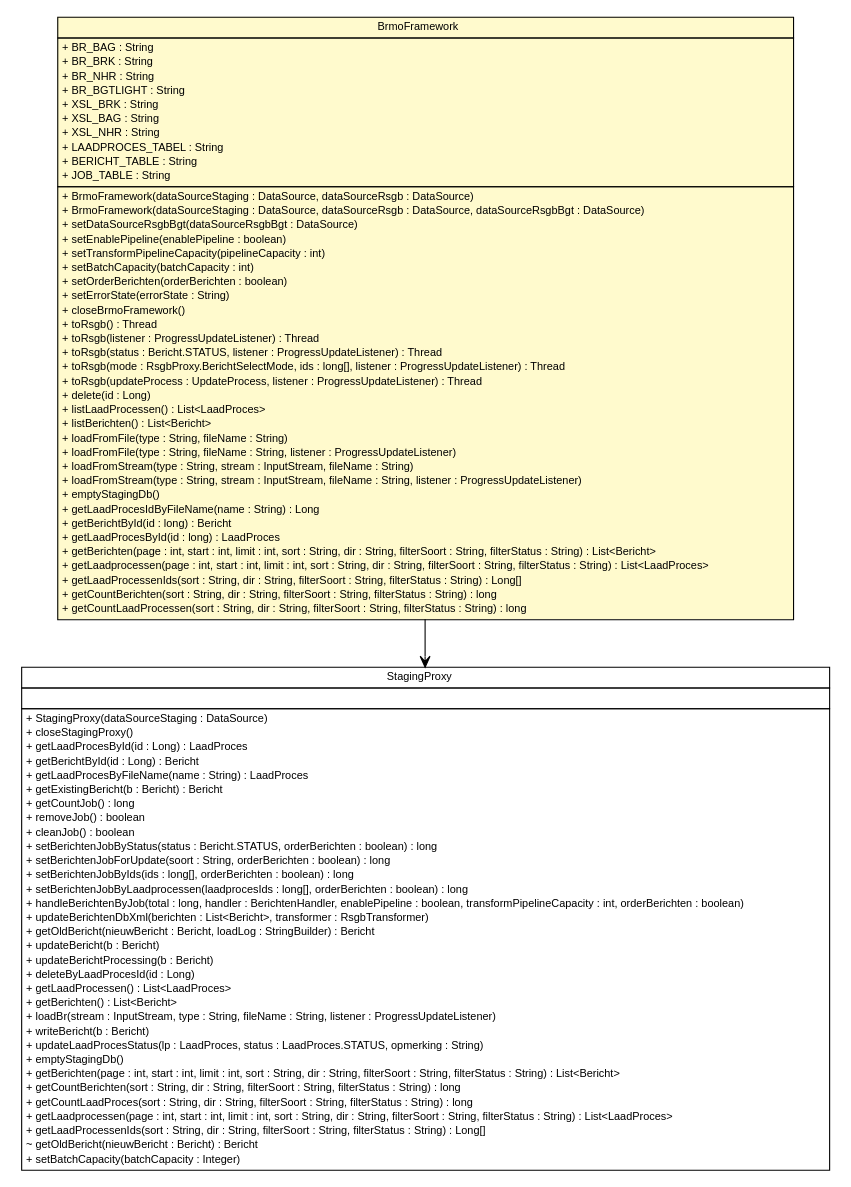
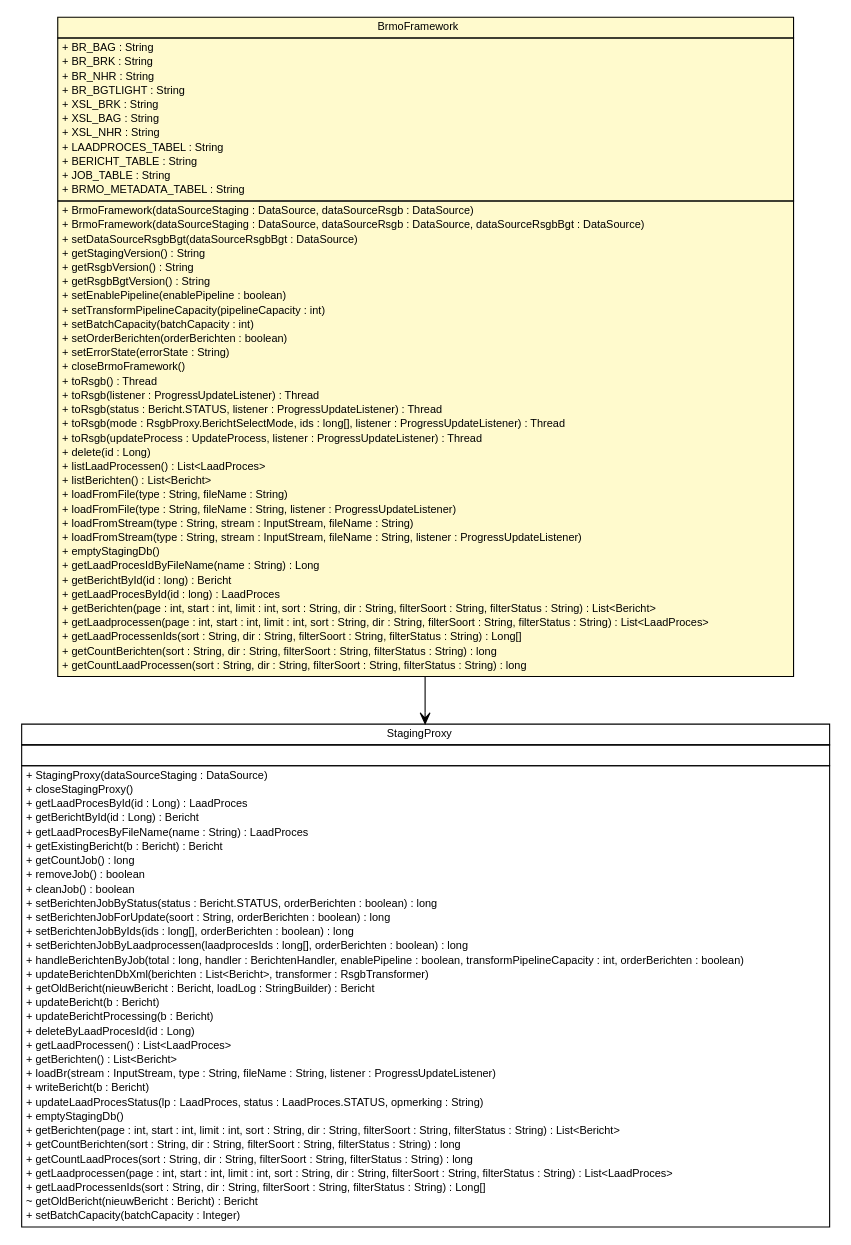
One commit to B3Partners/brmo changed the diagram in brmo-loader/apidocs/nl/b3p/brmo/loader/BrmoFramework.dot. Above: the diagram before and after it, drawn with Graphviz. The commit also changed 272 other files, not shown here.

```diff
--- a/brmo-loader/apidocs/nl/b3p/brmo/loader/BrmoFramework.dot
+++ b/brmo-loader/apidocs/nl/b3p/brmo/loader/BrmoFramework.dot
@@ -1,107 +1,111 @@
 #!/usr/local/bin/dot
 #
 # Class diagram 
 # Generated by UMLGraph version R5_6-24-gf6e263 (http://www.umlgraph.org/)
 #
 
 digraph G {
 	edge [fontname="Helvetica",fontsize=10,labelfontname="Helvetica",labelfontsize=10];
 	node [fontname="Helvetica",fontsize=10,shape=plaintext];
 	nodesep=0.25;
 	ranksep=0.5;
 	// nl.b3p.brmo.loader.StagingProxy
 	c1344 [label=<<table title="nl.b3p.brmo.loader.StagingProxy" border="0" cellborder="1" cellspacing="0" cellpadding="2" port="p" href="./StagingProxy.html">
 		<tr><td><table border="0" cellspacing="0" cellpadding="1">
 <tr><td align="center" balign="center"> StagingProxy </td></tr>
 		</table></td></tr>
 		<tr><td><table border="0" cellspacing="0" cellpadding="1">
 <tr><td align="left" balign="left">  </td></tr>
 		</table></td></tr>
 		<tr><td><table border="0" cellspacing="0" cellpadding="1">
 <tr><td align="left" balign="left"> + StagingProxy(dataSourceStaging : DataSource) </td></tr>
 <tr><td align="left" balign="left"> + closeStagingProxy() </td></tr>
 <tr><td align="left" balign="left"> + getLaadProcesById(id : Long) : LaadProces </td></tr>
 <tr><td align="left" balign="left"> + getBerichtById(id : Long) : Bericht </td></tr>
 <tr><td align="left" balign="left"> + getLaadProcesByFileName(name : String) : LaadProces </td></tr>
 <tr><td align="left" balign="left"> + getExistingBericht(b : Bericht) : Bericht </td></tr>
 <tr><td align="left" balign="left"> + getCountJob() : long </td></tr>
 <tr><td align="left" balign="left"> + removeJob() : boolean </td></tr>
 <tr><td align="left" balign="left"> + cleanJob() : boolean </td></tr>
 <tr><td align="left" balign="left"> + setBerichtenJobByStatus(status : Bericht.STATUS, orderBerichten : boolean) : long </td></tr>
 <tr><td align="left" balign="left"> + setBerichtenJobForUpdate(soort : String, orderBerichten : boolean) : long </td></tr>
 <tr><td align="left" balign="left"> + setBerichtenJobByIds(ids : long[], orderBerichten : boolean) : long </td></tr>
 <tr><td align="left" balign="left"> + setBerichtenJobByLaadprocessen(laadprocesIds : long[], orderBerichten : boolean) : long </td></tr>
 <tr><td align="left" balign="left"> + handleBerichtenByJob(total : long, handler : BerichtenHandler, enablePipeline : boolean, transformPipelineCapacity : int, orderBerichten : boolean) </td></tr>
 <tr><td align="left" balign="left"> + updateBerichtenDbXml(berichten : List&lt;Bericht&gt;, transformer : RsgbTransformer) </td></tr>
 <tr><td align="left" balign="left"> + getOldBericht(nieuwBericht : Bericht, loadLog : StringBuilder) : Bericht </td></tr>
 <tr><td align="left" balign="left"> + updateBericht(b : Bericht) </td></tr>
 <tr><td align="left" balign="left"> + updateBerichtProcessing(b : Bericht) </td></tr>
 <tr><td align="left" balign="left"> + deleteByLaadProcesId(id : Long) </td></tr>
 <tr><td align="left" balign="left"> + getLaadProcessen() : List&lt;LaadProces&gt; </td></tr>
 <tr><td align="left" balign="left"> + getBerichten() : List&lt;Bericht&gt; </td></tr>
 <tr><td align="left" balign="left"> + loadBr(stream : InputStream, type : String, fileName : String, listener : ProgressUpdateListener) </td></tr>
 <tr><td align="left" balign="left"> + writeBericht(b : Bericht) </td></tr>
 <tr><td align="left" balign="left"> + updateLaadProcesStatus(lp : LaadProces, status : LaadProces.STATUS, opmerking : String) </td></tr>
 <tr><td align="left" balign="left"> + emptyStagingDb() </td></tr>
 <tr><td align="left" balign="left"> + getBerichten(page : int, start : int, limit : int, sort : String, dir : String, filterSoort : String, filterStatus : String) : List&lt;Bericht&gt; </td></tr>
 <tr><td align="left" balign="left"> + getCountBerichten(sort : String, dir : String, filterSoort : String, filterStatus : String) : long </td></tr>
 <tr><td align="left" balign="left"> + getCountLaadProces(sort : String, dir : String, filterSoort : String, filterStatus : String) : long </td></tr>
 <tr><td align="left" balign="left"> + getLaadprocessen(page : int, start : int, limit : int, sort : String, dir : String, filterSoort : String, filterStatus : String) : List&lt;LaadProces&gt; </td></tr>
 <tr><td align="left" balign="left"> + getLaadProcessenIds(sort : String, dir : String, filterSoort : String, filterStatus : String) : Long[] </td></tr>
 <tr><td align="left" balign="left"> ~ getOldBericht(nieuwBericht : Bericht) : Bericht </td></tr>
 <tr><td align="left" balign="left"> + setBatchCapacity(batchCapacity : Integer) </td></tr>
 		</table></td></tr>
 		</table>>, URL="./StagingProxy.html", fontname="Helvetica", fontcolor="black", fontsize=10.0];
 	// nl.b3p.brmo.loader.BrmoFramework
 	c1345 [label=<<table title="nl.b3p.brmo.loader.BrmoFramework" border="0" cellborder="1" cellspacing="0" cellpadding="2" port="p" bgcolor="lemonChiffon" href="./BrmoFramework.html">
 		<tr><td><table border="0" cellspacing="0" cellpadding="1">
 <tr><td align="center" balign="center"> BrmoFramework </td></tr>
 		</table></td></tr>
 		<tr><td><table border="0" cellspacing="0" cellpadding="1">
 <tr><td align="left" balign="left"> + BR_BAG : String </td></tr>
 <tr><td align="left" balign="left"> + BR_BRK : String </td></tr>
 <tr><td align="left" balign="left"> + BR_NHR : String </td></tr>
 <tr><td align="left" balign="left"> + BR_BGTLIGHT : String </td></tr>
 <tr><td align="left" balign="left"> + XSL_BRK : String </td></tr>
 <tr><td align="left" balign="left"> + XSL_BAG : String </td></tr>
 <tr><td align="left" balign="left"> + XSL_NHR : String </td></tr>
 <tr><td align="left" balign="left"> + LAADPROCES_TABEL : String </td></tr>
 <tr><td align="left" balign="left"> + BERICHT_TABLE : String </td></tr>
 <tr><td align="left" balign="left"> + JOB_TABLE : String </td></tr>
+<tr><td align="left" balign="left"> + BRMO_METADATA_TABEL : String </td></tr>
 		</table></td></tr>
 		<tr><td><table border="0" cellspacing="0" cellpadding="1">
 <tr><td align="left" balign="left"> + BrmoFramework(dataSourceStaging : DataSource, dataSourceRsgb : DataSource) </td></tr>
 <tr><td align="left" balign="left"> + BrmoFramework(dataSourceStaging : DataSource, dataSourceRsgb : DataSource, dataSourceRsgbBgt : DataSource) </td></tr>
 <tr><td align="left" balign="left"> + setDataSourceRsgbBgt(dataSourceRsgbBgt : DataSource) </td></tr>
+<tr><td align="left" balign="left"> + getStagingVersion() : String </td></tr>
+<tr><td align="left" balign="left"> + getRsgbVersion() : String </td></tr>
+<tr><td align="left" balign="left"> + getRsgbBgtVersion() : String </td></tr>
 <tr><td align="left" balign="left"> + setEnablePipeline(enablePipeline : boolean) </td></tr>
 <tr><td align="left" balign="left"> + setTransformPipelineCapacity(pipelineCapacity : int) </td></tr>
 <tr><td align="left" balign="left"> + setBatchCapacity(batchCapacity : int) </td></tr>
 <tr><td align="left" balign="left"> + setOrderBerichten(orderBerichten : boolean) </td></tr>
 <tr><td align="left" balign="left"> + setErrorState(errorState : String) </td></tr>
 <tr><td align="left" balign="left"> + closeBrmoFramework() </td></tr>
 <tr><td align="left" balign="left"> + toRsgb() : Thread </td></tr>
 <tr><td align="left" balign="left"> + toRsgb(listener : ProgressUpdateListener) : Thread </td></tr>
 <tr><td align="left" balign="left"> + toRsgb(status : Bericht.STATUS, listener : ProgressUpdateListener) : Thread </td></tr>
 <tr><td align="left" balign="left"> + toRsgb(mode : RsgbProxy.BerichtSelectMode, ids : long[], listener : ProgressUpdateListener) : Thread </td></tr>
 <tr><td align="left" balign="left"> + toRsgb(updateProcess : UpdateProcess, listener : ProgressUpdateListener) : Thread </td></tr>
 <tr><td align="left" balign="left"> + delete(id : Long) </td></tr>
 <tr><td align="left" balign="left"> + listLaadProcessen() : List&lt;LaadProces&gt; </td></tr>
 <tr><td align="left" balign="left"> + listBerichten() : List&lt;Bericht&gt; </td></tr>
 <tr><td align="left" balign="left"> + loadFromFile(type : String, fileName : String) </td></tr>
 <tr><td align="left" balign="left"> + loadFromFile(type : String, fileName : String, listener : ProgressUpdateListener) </td></tr>
 <tr><td align="left" balign="left"> + loadFromStream(type : String, stream : InputStream, fileName : String) </td></tr>
 <tr><td align="left" balign="left"> + loadFromStream(type : String, stream : InputStream, fileName : String, listener : ProgressUpdateListener) </td></tr>
 <tr><td align="left" balign="left"> + emptyStagingDb() </td></tr>
 <tr><td align="left" balign="left"> + getLaadProcesIdByFileName(name : String) : Long </td></tr>
 <tr><td align="left" balign="left"> + getBerichtById(id : long) : Bericht </td></tr>
 <tr><td align="left" balign="left"> + getLaadProcesById(id : long) : LaadProces </td></tr>
 <tr><td align="left" balign="left"> + getBerichten(page : int, start : int, limit : int, sort : String, dir : String, filterSoort : String, filterStatus : String) : List&lt;Bericht&gt; </td></tr>
 <tr><td align="left" balign="left"> + getLaadprocessen(page : int, start : int, limit : int, sort : String, dir : String, filterSoort : String, filterStatus : String) : List&lt;LaadProces&gt; </td></tr>
 <tr><td align="left" balign="left"> + getLaadProcessenIds(sort : String, dir : String, filterSoort : String, filterStatus : String) : Long[] </td></tr>
 <tr><td align="left" balign="left"> + getCountBerichten(sort : String, dir : String, filterSoort : String, filterStatus : String) : long </td></tr>
 <tr><td align="left" balign="left"> + getCountLaadProcessen(sort : String, dir : String, filterSoort : String, filterStatus : String) : long </td></tr>
 		</table></td></tr>
 		</table>>, URL="./BrmoFramework.html", fontname="Helvetica", fontcolor="black", fontsize=10.0];
 	// nl.b3p.brmo.loader.BrmoFramework NAVASSOC nl.b3p.brmo.loader.StagingProxy
 	c1345:p -> c1344:p [taillabel="", label="", headlabel="", fontname="Helvetica", fontcolor="black", fontsize=10.0, color="black", arrowhead=open];
 }
```
